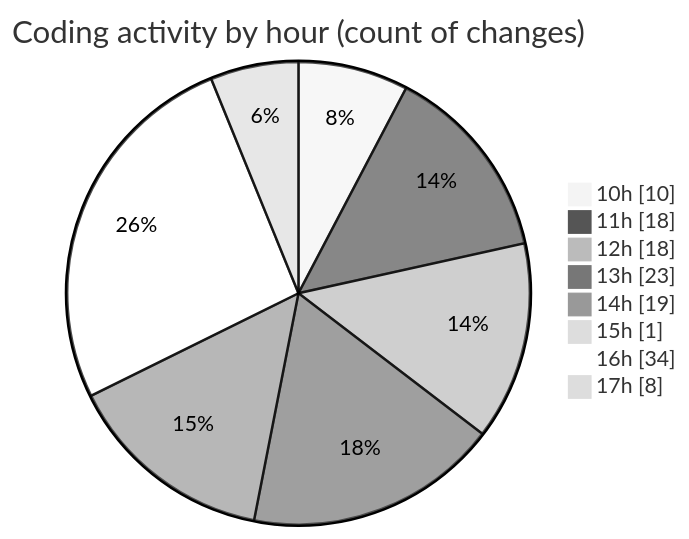
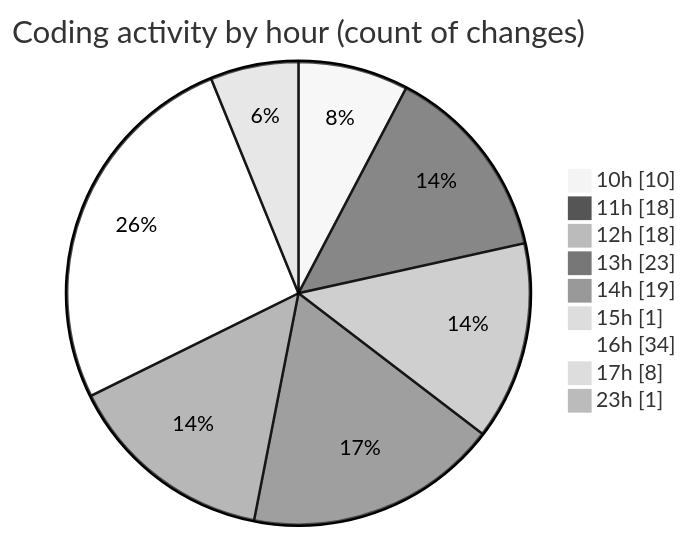
One commit to momahboobian/code-tracking changed the second of 2 diagrams in 2025-07-14/cda/README.md. Above: the diagram before and after it, drawn with Mermaid (neutral theme). The commit also changed other lines of this file and 1 other file, not shown here.

````diff
--- a/2025-07-14/cda/README.md
+++ b/2025-07-14/cda/README.md
@@ -39,12 +39,13 @@
 ```mermaid
 pie showData
 title Coding activity by hour (count of changes)
 "10h" : 10
 "11h" : 18
 "12h" : 18
 "13h" : 23
 "14h" : 19
 "15h" : 1
 "16h" : 34
 "17h" : 8
+"23h" : 1
 ```
````
